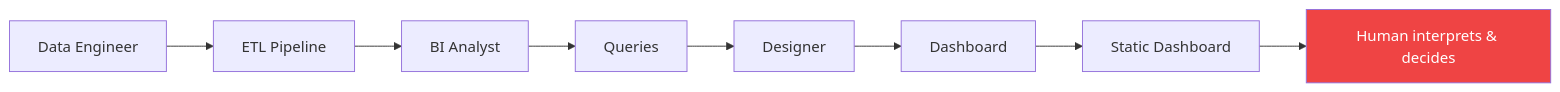
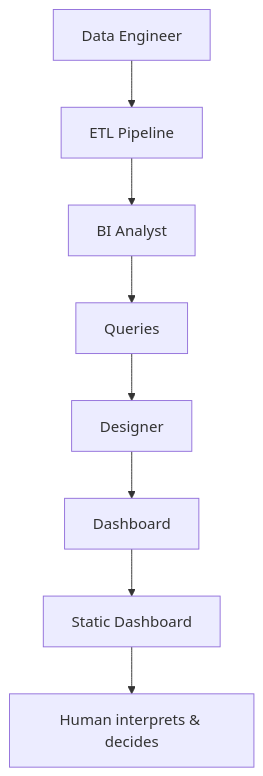
One commit to ashishsuperatom/tech-docs changed the second of 5 diagrams in introduction/comparison.mdx. Above: the diagram before and after it, drawn with Mermaid. The commit also changed other lines of this file and 37 other files, not shown here.

First line of the commit message:
Clean up docs: remove em-dashes, fix mermaid diagrams, remove emojis

````diff
--- a/introduction/comparison.mdx
+++ b/introduction/comparison.mdx
@@ -89,8 +85,7 @@
 ```mermaid
-flowchart LR
+flowchart TD
     P1["Data Engineer"] --> T1["ETL Pipeline"] --> P2["BI Analyst"] --> T2["Queries"] --> P3["Designer"] --> T3["Dashboard"] --> R1["Static Dashboard"]
 
     R1 --> HUMAN["Human interprets & decides"]
 
-    style HUMAN fill:#ef4444,color:#fff
 ```
````
